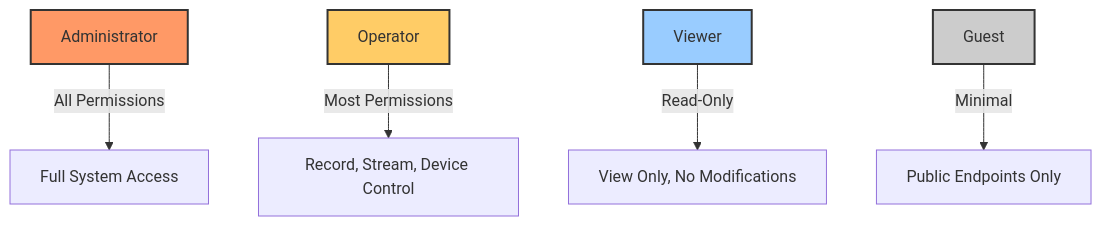
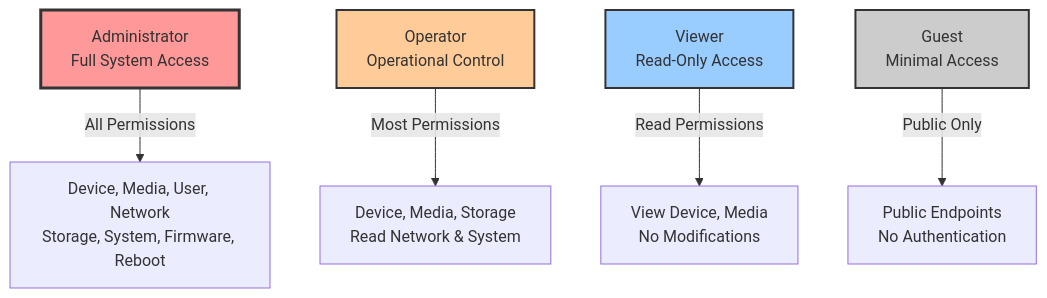
Before and after one commit to JayeshKakkad-Rotoclear/Rotoclear-C-Pro-Docs: the diagram in docs/security/permissions.md, drawn with Mermaid. The commit also changed 14 other files, not shown here.

Commit message:
Improve Mermaid diagram formatting for better presentation - Added better spacing, styling, and layout - Enhanced readability with color coding and proper node alignment - Improved subgraph organization - Better decision tree layouts

````diff
--- a/docs/security/permissions.md
+++ b/docs/security/permissions.md
@@ -53,12 +53,15 @@
 ```mermaid
 graph TB
-    Admin[Administrator] -->|All Permissions| AllPerms[Full System Access]
-    Operator[Operator] -->|Most Permissions| OpPerms[Record, Stream, Device Control]
-    Viewer[Viewer] -->|Read-Only| ViewPerms[View Only, No Modifications]
-    Guest[Guest] -->|Minimal| GuestPerms[Public Endpoints Only]
+    Admin[Administrator<br/>Full System Access] -->|All Permissions| AllPerms[Device, Media, User, Network<br/>Storage, System, Firmware, Reboot]
     
-    style Admin fill:#f96,stroke:#333,stroke-width:2px
-    style Operator fill:#fc6,stroke:#333,stroke-width:2px
-    style Viewer fill:#9cf,stroke:#333,stroke-width:2px
-    style Guest fill:#ccc,stroke:#333,stroke-width:2px
+    Operator[Operator<br/>Operational Control] -->|Most Permissions| OpPerms[Device, Media, Storage<br/>Read Network & System]
+    
+    Viewer[Viewer<br/>Read-Only Access] -->|Read Permissions| ViewPerms[View Device, Media<br/>No Modifications]
+    
+    Guest[Guest<br/>Minimal Access] -->|Public Only| GuestPerms[Public Endpoints<br/>No Authentication]
+    
+    style Admin fill:#ff9999,stroke:#333,stroke-width:3px
+    style Operator fill:#ffcc99,stroke:#333,stroke-width:2px
+    style Viewer fill:#99ccff,stroke:#333,stroke-width:2px
+    style Guest fill:#cccccc,stroke:#333,stroke-width:2px
 ```
````
